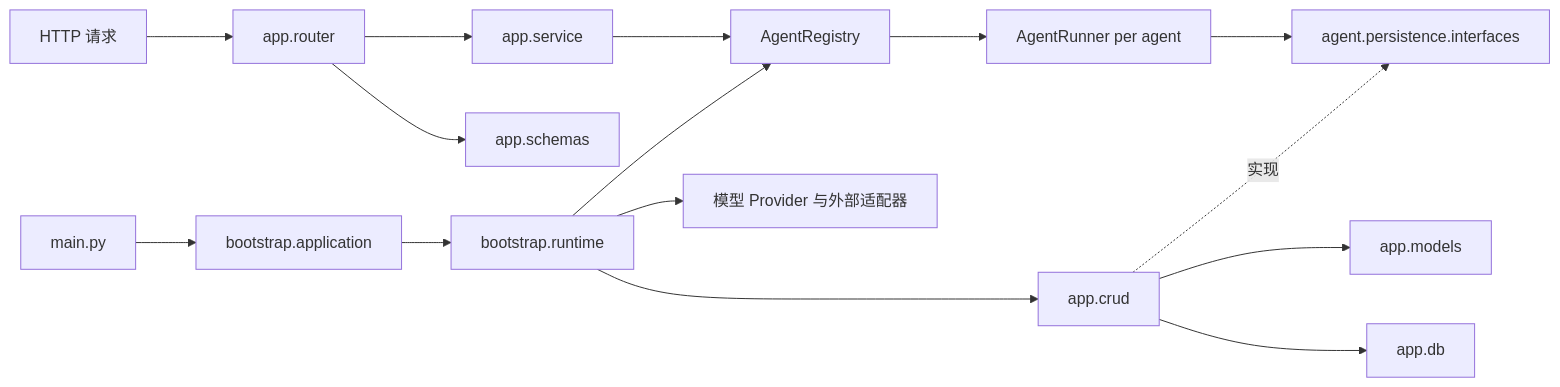
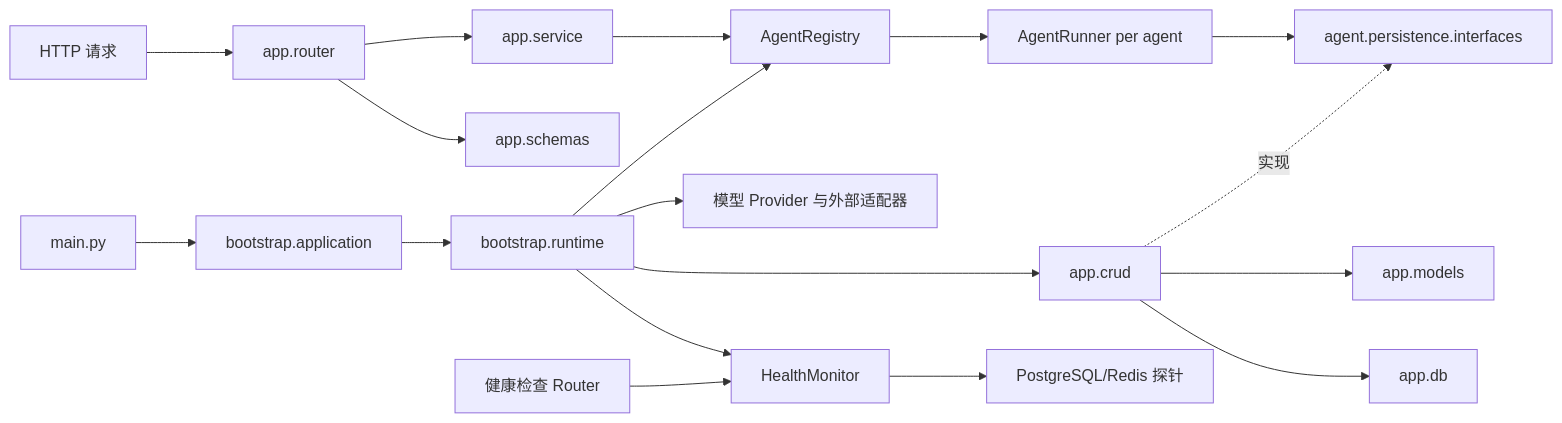
The diagram in docs/ARCHITECTURE.md (zt20001126/NexusAI), drawn with Mermaid before and after one commit. The commit also changed other lines of this file and 16 other files, not shown here.

````diff
--- a/docs/ARCHITECTURE.md
+++ b/docs/ARCHITECTURE.md
@@ -7,17 +7,20 @@
 ```mermaid
 flowchart LR
     Client[HTTP 请求] --> Router[app.router]
     Router --> Service[app.service]
     Service --> Registry[AgentRegistry]
     Registry --> Runner[AgentRunner per agent]
     Runner --> PersistencePort[agent.persistence.interfaces]
     PersistenceCRUD[app.crud] -. 实现 .-> PersistencePort
     Router --> Schemas[app.schemas]
     Entry[main.py] --> Application[bootstrap.application]
     Application --> BootstrapRuntime[bootstrap.runtime]
     BootstrapRuntime --> Registry
     BootstrapRuntime --> PersistenceCRUD
     PersistenceCRUD --> ORMModels[app.models]
     PersistenceCRUD --> Database[app.db]
     BootstrapRuntime --> Infrastructure[模型 Provider 与外部适配器]
+    BootstrapRuntime --> HealthMonitor[HealthMonitor]
+    HealthMonitor --> HealthProbes[PostgreSQL/Redis 探针]
+    HealthRouter[健康检查 Router] --> HealthMonitor
 ```
````
